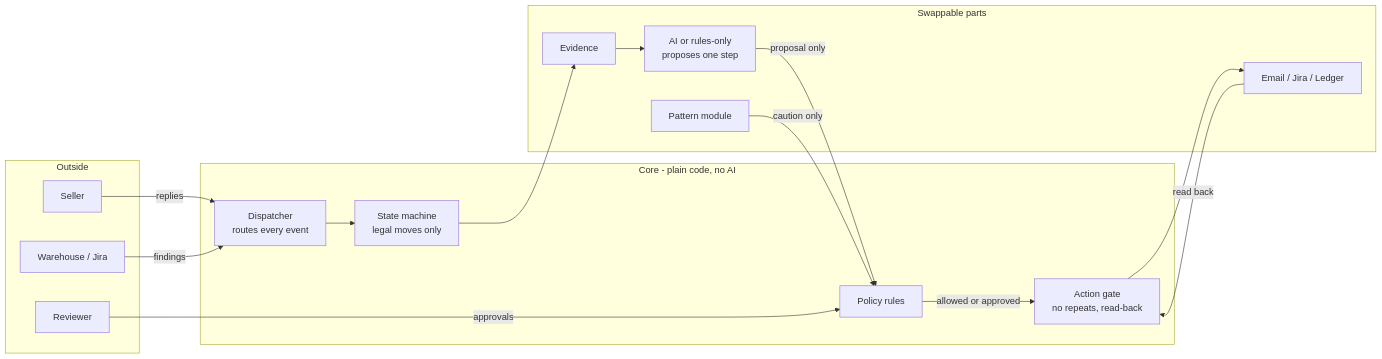
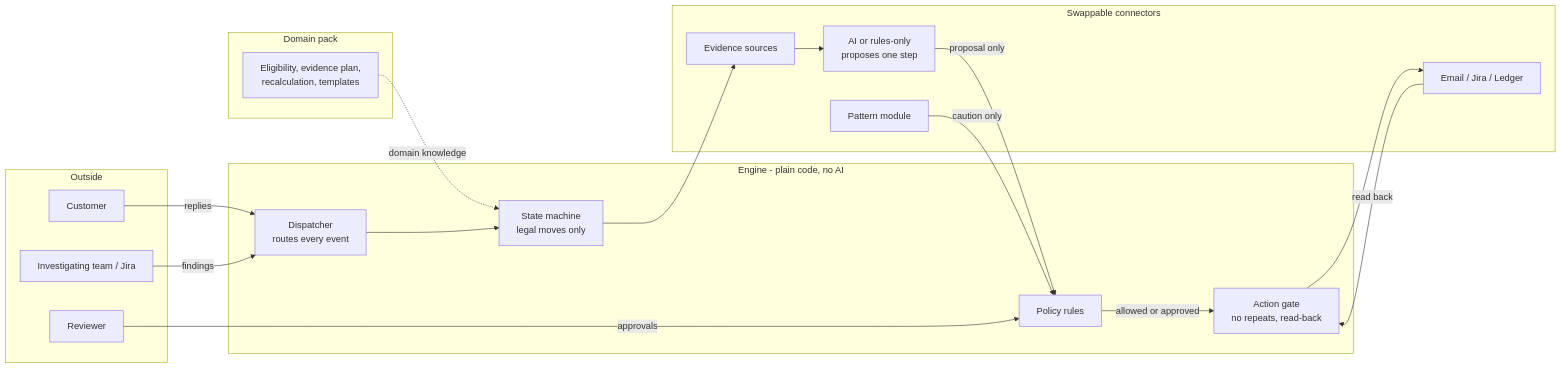
One commit to yashasvikesarwaniiitd/dispute_resolution_agent changed the diagram in README.md. Above: the diagram before and after it, drawn with Mermaid. The commit also changed other lines of this file and 1 other file, not shown here.

First line of the commit message:
docs: README positions the product as a general dispute resolution engine with shipping weight disputes as domain pack 1

````diff
--- a/README.md
+++ b/README.md
@@ -177,29 +246,33 @@
 ```mermaid
 flowchart LR
     subgraph outside[Outside]
-        seller[Seller]
-        ops[Warehouse / Jira]
+        customer[Customer]
+        team[Investigating team / Jira]
         reviewer[Reviewer]
     end
-    subgraph core[Core - plain code, no AI]
+    subgraph core[Engine - plain code, no AI]
         dispatch[Dispatcher<br/>routes every event]
         machine[State machine<br/>legal moves only]
         policy[Policy rules]
         executor[Action gate<br/>no repeats, read-back]
     end
-    subgraph parts[Swappable parts]
-        evidence[Evidence]
+    subgraph pack[Domain pack]
+        rules[Eligibility, evidence plan,<br/>recalculation, templates]
+    end
+    subgraph parts[Swappable connectors]
+        evidence[Evidence sources]
         reasoner[AI or rules-only<br/>proposes one step]
         channels[Email / Jira / Ledger]
         patterns[Pattern module]
     end
-    seller -- replies --> dispatch
-    ops -- findings --> dispatch
+    customer -- replies --> dispatch
+    team -- findings --> dispatch
     reviewer -- approvals --> policy
     dispatch --> machine --> evidence --> reasoner
+    rules -. domain knowledge .-> machine
     reasoner -- proposal only --> policy
     patterns -- caution only --> policy
     policy -- allowed or approved --> executor
     executor --> channels
     channels -- read back --> executor
 ```
````
